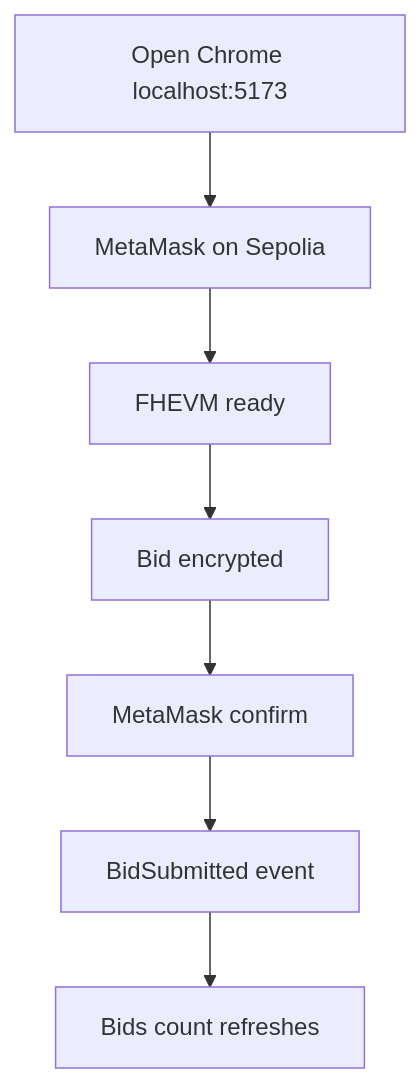
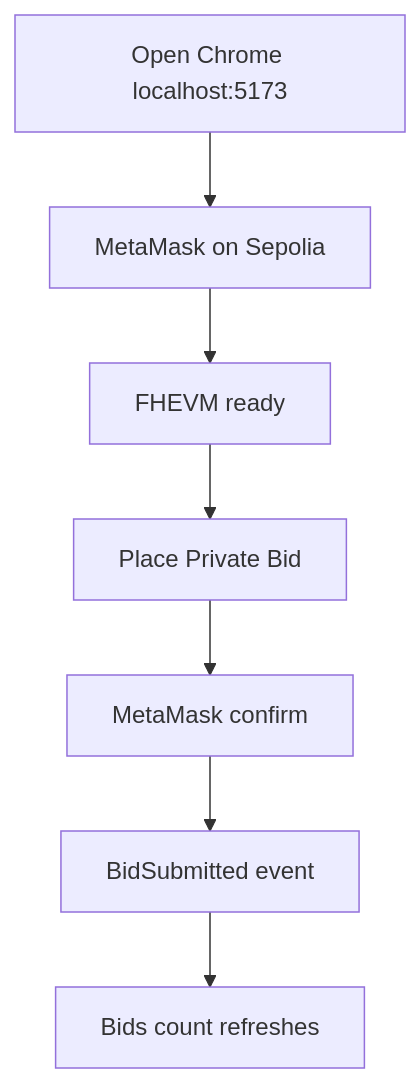
Before and after one commit to daxiguaguagua-hash/SilentBid: the first of 2 diagrams in WORKFLOW.md, drawn with Mermaid. The commit also changed other lines of this file and 2 other files, not shown here.

Commit message:
docs: sync button wording to "Place Private Bid" across README, DEMO_SCRIPT, WORKFLOW
The UI button says "Place Private Bid" but docs referenced the old
"Bid encrypted" / "Bid (encrypted)" labels. Updated for consistency
before recording the demo video.

````diff
--- a/WORKFLOW.md
+++ b/WORKFLOW.md
@@ -9,9 +9,9 @@
 ```mermaid
 flowchart TD
   A["Open Chrome localhost:5173"] --> B["MetaMask on Sepolia"]
   B --> C["FHEVM ready"]
-  C --> D["Bid encrypted"]
+  C --> D["Place Private Bid"]
   D --> E["MetaMask confirm"]
   E --> F["BidSubmitted event"]
   F --> G["Bids count refreshes"]
 ```
````
